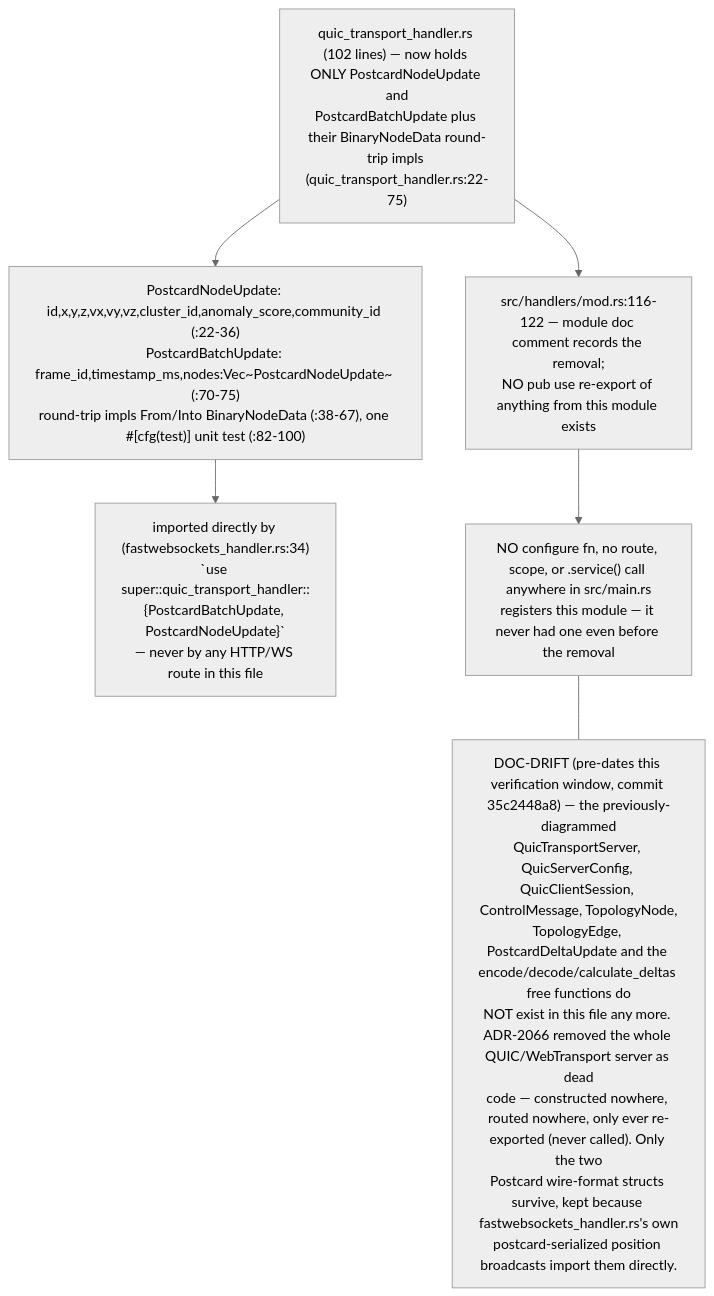
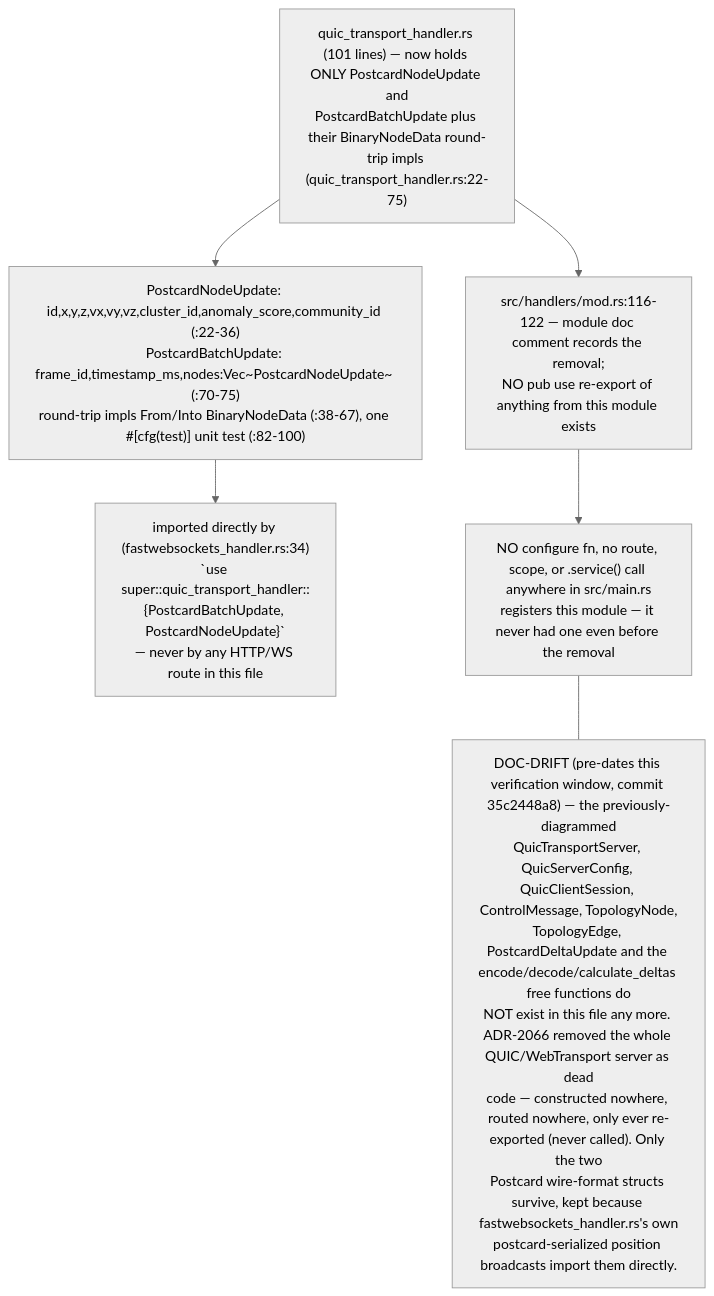
Diagram 23 of 23 in docs/diagrams/visionclaw/04-handlers-graph-and-state.md (DreamLab-AI/VisionFlow), drawn with Mermaid (neutral theme) before and after one commit. The commit also changed other lines of this file and 173 other files, not shown here.

````diff
--- a/docs/diagrams/visionclaw/04-handlers-graph-and-state.md
+++ b/docs/diagrams/visionclaw/04-handlers-graph-and-state.md
@@ -1038,12 +1123,12 @@
 ```mermaid
 flowchart TB
-    Q["quic_transport_handler.rs (102 lines) — now holds ONLY PostcardNodeUpdate and<br/>PostcardBatchUpdate plus their BinaryNodeData round-trip impls (quic_transport_handler.rs:22-75)"]
+    Q["quic_transport_handler.rs (101 lines) — now holds ONLY PostcardNodeUpdate and<br/>PostcardBatchUpdate plus their BinaryNodeData round-trip impls (quic_transport_handler.rs:22-75)"]
     FIELDS["PostcardNodeUpdate: id,x,y,z,vx,vy,vz,cluster_id,anomaly_score,community_id (:22-36)<br/>PostcardBatchUpdate: frame_id,timestamp_ms,nodes:Vec~PostcardNodeUpdate~ (:70-75)<br/>round-trip impls From/Into BinaryNodeData (:38-67), one #[cfg(test)] unit test (:82-100)"]
     IMP["imported directly by (fastwebsockets_handler.rs:34)<br/>`use super::quic_transport_handler::{PostcardBatchUpdate, PostcardNodeUpdate}`<br/>— never by any HTTP/WS route in this file"]
     MODRS["src/handlers/mod.rs:116-122 — module doc comment records the removal;<br/>NO pub use re-export of anything from this module exists"]
     NONE["NO configure fn, no route, scope, or .service() call anywhere in src/main.rs<br/>registers this module — it never had one even before the removal"]
     Q --> FIELDS --> IMP
     Q --> MODRS --> NONE
     D1["DOC-DRIFT (pre-dates this verification window, commit 35c2448a8) — the previously-diagrammed<br/>QuicTransportServer, QuicServerConfig, QuicClientSession, ControlMessage, TopologyNode,<br/>TopologyEdge, PostcardDeltaUpdate and the encode/decode/calculate_deltas free functions do<br/>NOT exist in this file any more. ADR-2066 removed the whole QUIC/WebTransport server as dead<br/>code — constructed nowhere, routed nowhere, only ever re-exported (never called). Only the two<br/>Postcard wire-format structs survive, kept because fastwebsockets_handler.rs's own<br/>postcard-serialized position broadcasts import them directly."]
     NONE --- D1
 ```
````
